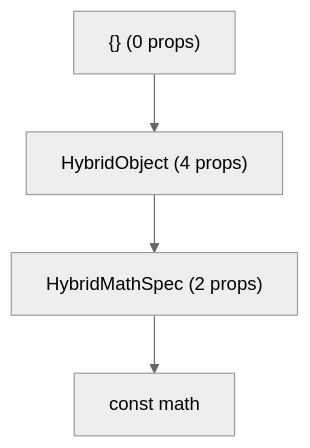
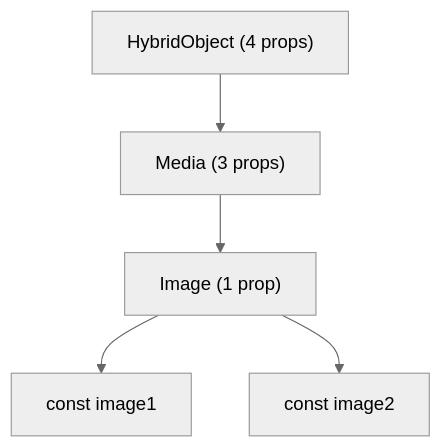
One commit to Wrenfield0/nitro changed the diagram in docs/docs/hybrid-objects.md. Above: the diagram before and after it, drawn with Mermaid (neutral theme). The commit also changed other lines of this file, not shown here.

First line of the commit message:
docs: Explain **Inheritance** in Hybrid Object docs (#183)

````diff
--- a/docs/docs/hybrid-objects.md
+++ b/docs/docs/hybrid-objects.md
@@ -68,5 +125,7 @@
-```mermaid
-graph TD;
-  obj["{} (0 props)"]-->HybridObject["HybridObject (4 props)"]-->HybridMathSpec["HybridMathSpec (2 props)"]
-  HybridMathSpec-->Math["const math"]
-```
+  ```mermaid
+  graph TD;
+    HybridObject["HybridObject (4 props)"]-->HybridMediaSpec["Media (3 props)"]
+    HybridMediaSpec-->HybridImageSpec["Image (1 prop)"]
+    HybridImageSpec-->Image1["const image1"]
+    HybridImageSpec-->Image2["const image2"]
+  ```
````
